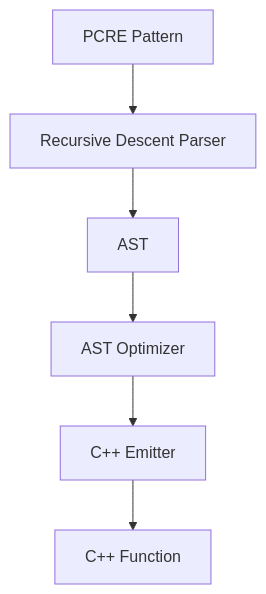
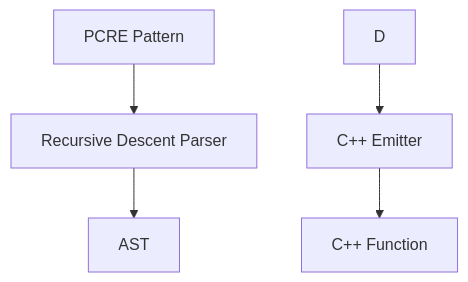
Before and after one commit to aldehir/pcre-to-cpp: the diagram in README.md, drawn with Mermaid.

````diff
--- a/README.md
+++ b/README.md
@@ -5,8 +5,7 @@
 ```mermaid
 flowchart TD
     A["PCRE Pattern"] --> B["Recursive Descent Parser"]
     B --> C["AST"]
-    C --> D["AST Optimizer"]
     D --> E["C++ Emitter"]
     E --> F["C++ Function"]
 ```
````
